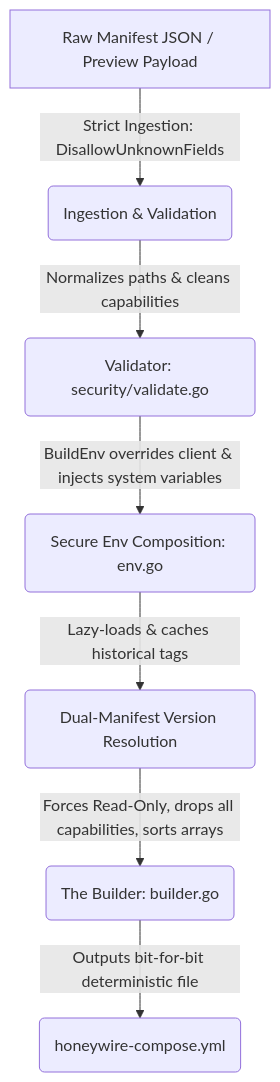
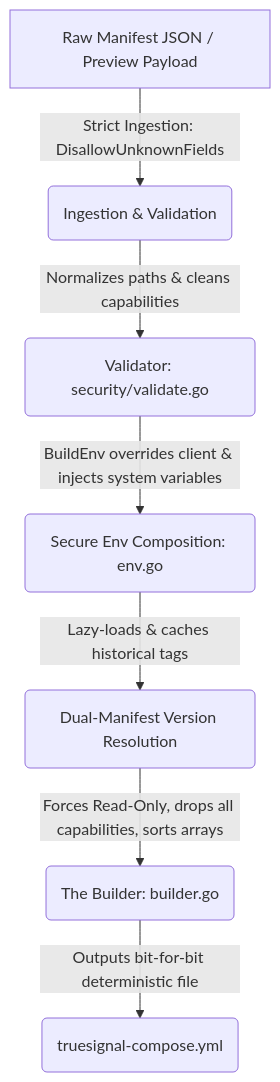
Before and after one commit to mahmoudahmed3132/TrueSignal: the diagram in Docs/architecture/hub/backend/compose.md, drawn with Mermaid. The commit also changed other lines of this file and 181 other files, not shown here.

````diff
--- a/Docs/architecture/hub/backend/compose.md
+++ b/Docs/architecture/hub/backend/compose.md
@@ -11,9 +11,9 @@
 ```mermaid
 graph TD
     A[Raw Manifest JSON / Preview Payload] -->|Strict Ingestion: DisallowUnknownFields| B(Ingestion & Validation)
     B -->|Normalizes paths & cleans capabilities| C(Validator: security/validate.go)
     C -->|BuildEnv overrides client & injects system variables| D(Secure Env Composition: env.go)
     D -->|Lazy-loads & caches historical tags| E(Dual-Manifest Version Resolution)
     E -->|Forces Read-Only, drops all capabilities, sorts arrays| F(The Builder: builder.go)
-    F -->|Outputs bit-for-bit deterministic file| G(honeywire-compose.yml)
+    F -->|Outputs bit-for-bit deterministic file| G(truesignal-compose.yml)
 ```
````
